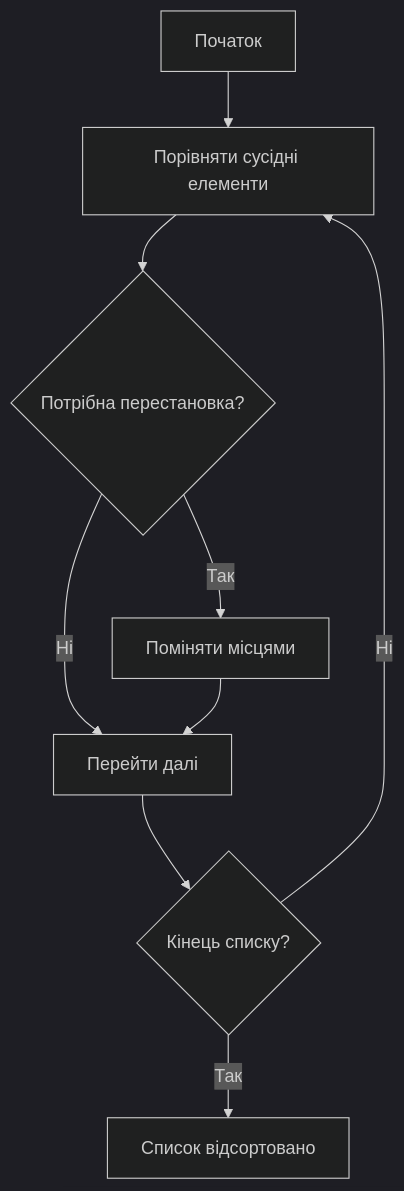
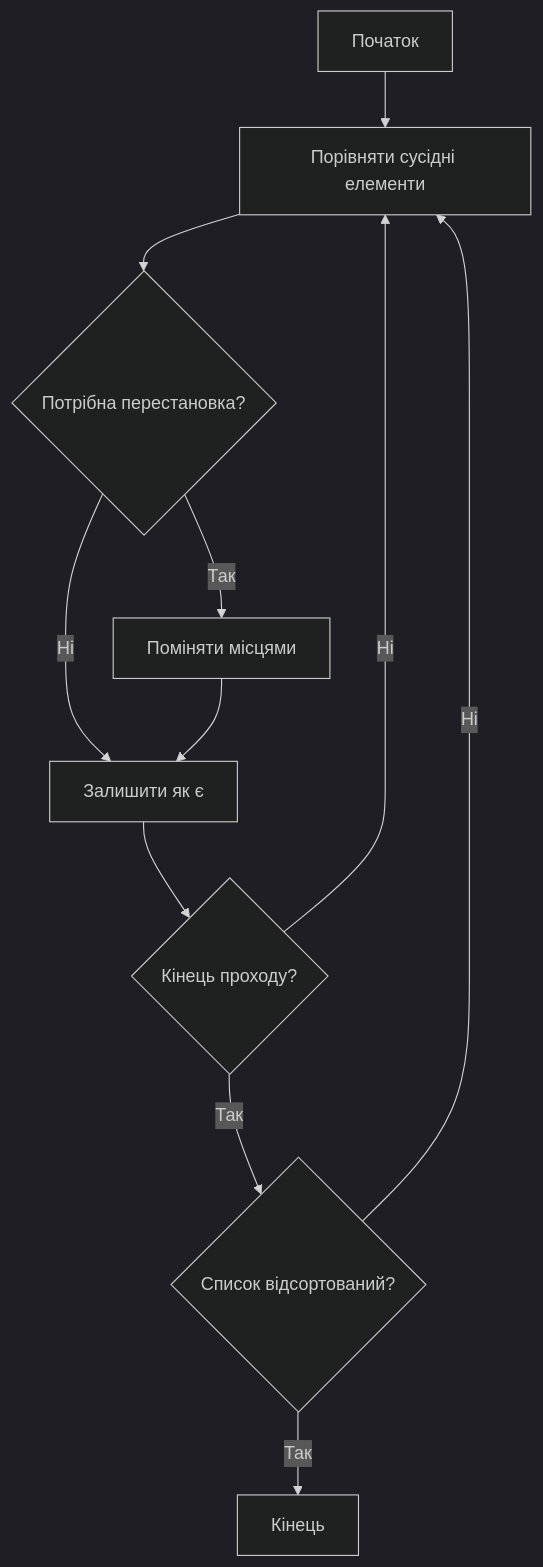
Before and after one commit to khodakovskaya16-cell/PY-Course-Victor-Nikoriak-23_02: the second of 10 diagrams in module_3/algoritm_docs.md, drawn with Mermaid (dark theme). The commit also changed other lines of this file, not shown here.

`````diff
--- a/module_3/algoritm_docs.md
+++ b/module_3/algoritm_docs.md
@@ -88,11 +87,13 @@
 ```mermaid
 flowchart TD
     A[Початок] --> B[Порівняти сусідні елементи]
     B --> C{Потрібна перестановка?}
     C -- Так --> D[Поміняти місцями]
-    C -- Ні --> E[Перейти далі]
+    C -- Ні --> E[Залишити як є]
     D --> E
-    E --> F{Кінець списку?}
+    E --> F{Кінець проходу?}
     F -- Ні --> B
-    F -- Так --> G[Список відсортовано]
-```
+    F -- Так --> G{Список відсортований?}
+    G -- Ні --> B
+    G -- Так --> H[Кінець]
+````
`````
